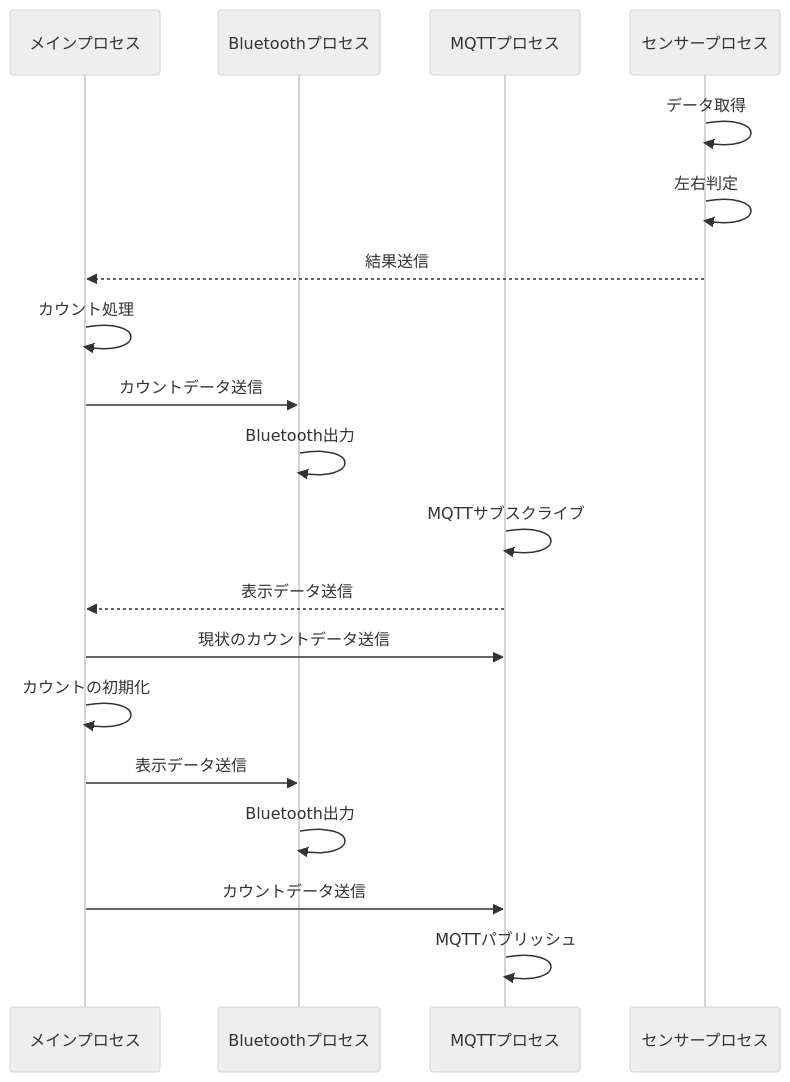
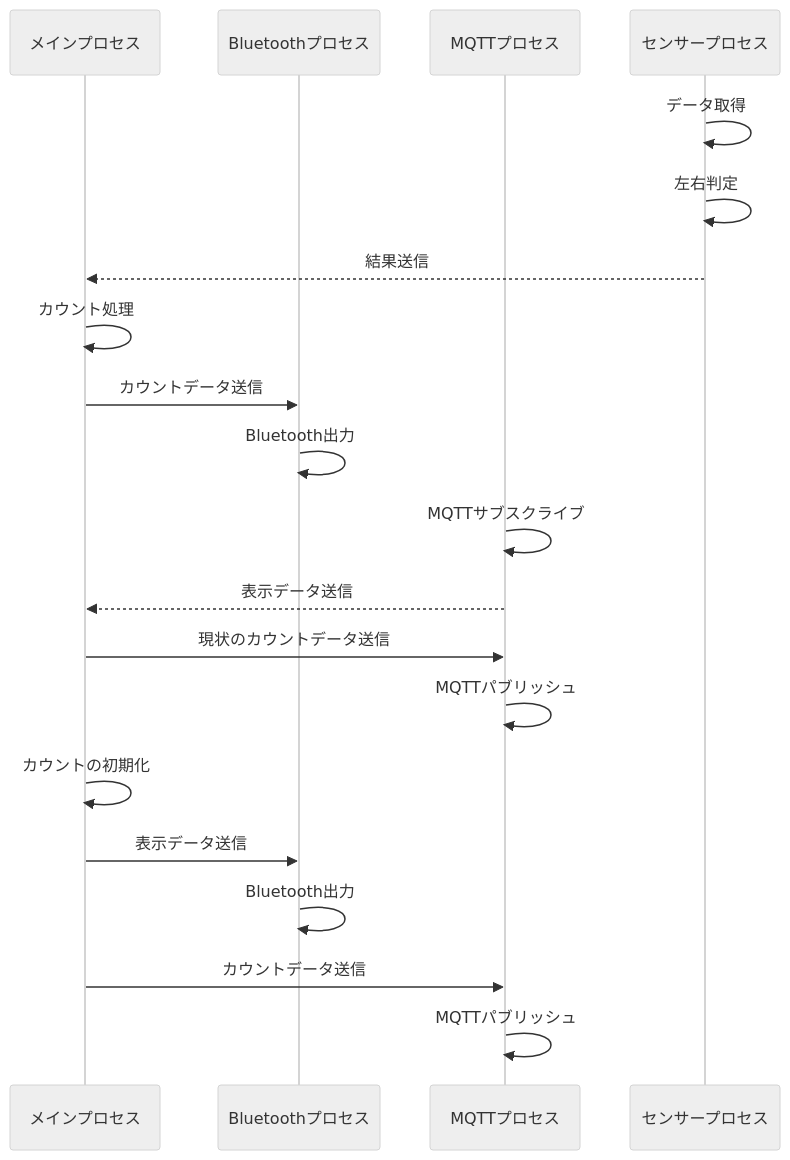
Before and after one commit to Hhelibebcnofne/escalator-enquete: the diagram in docs/spresense.md, drawn with Mermaid (neutral theme).

Commit message:
refactor: シーケンス図にMQTTパブリッシュ処理を追加

````diff
--- a/docs/spresense.md
+++ b/docs/spresense.md
@@ -3,21 +3,22 @@
 ```mermaid
 sequenceDiagram
     participant Main as メインプロセス
     participant Bt as Bluetoothプロセス
     participant Mqtt as MQTTプロセス
     participant Sensor as センサープロセス
     Sensor ->> Sensor: データ取得
     Sensor ->> Sensor: 左右判定
     Sensor -->> Main: 結果送信
     Main ->> Main: カウント処理
     Main ->> Bt: カウントデータ送信
     Bt ->> Bt: Bluetooth出力
     Mqtt ->> Mqtt: MQTTサブスクライブ
     Mqtt -->> Main: 表示データ送信
     Main ->> Mqtt: 現状のカウントデータ送信
+    Mqtt ->> Mqtt: MQTTパブリッシュ
     Main ->> Main: カウントの初期化
     Main ->> Bt: 表示データ送信
     Bt ->> Bt: Bluetooth出力
     Main ->> Mqtt: カウントデータ送信
     Mqtt ->> Mqtt: MQTTパブリッシュ
 ```
````
